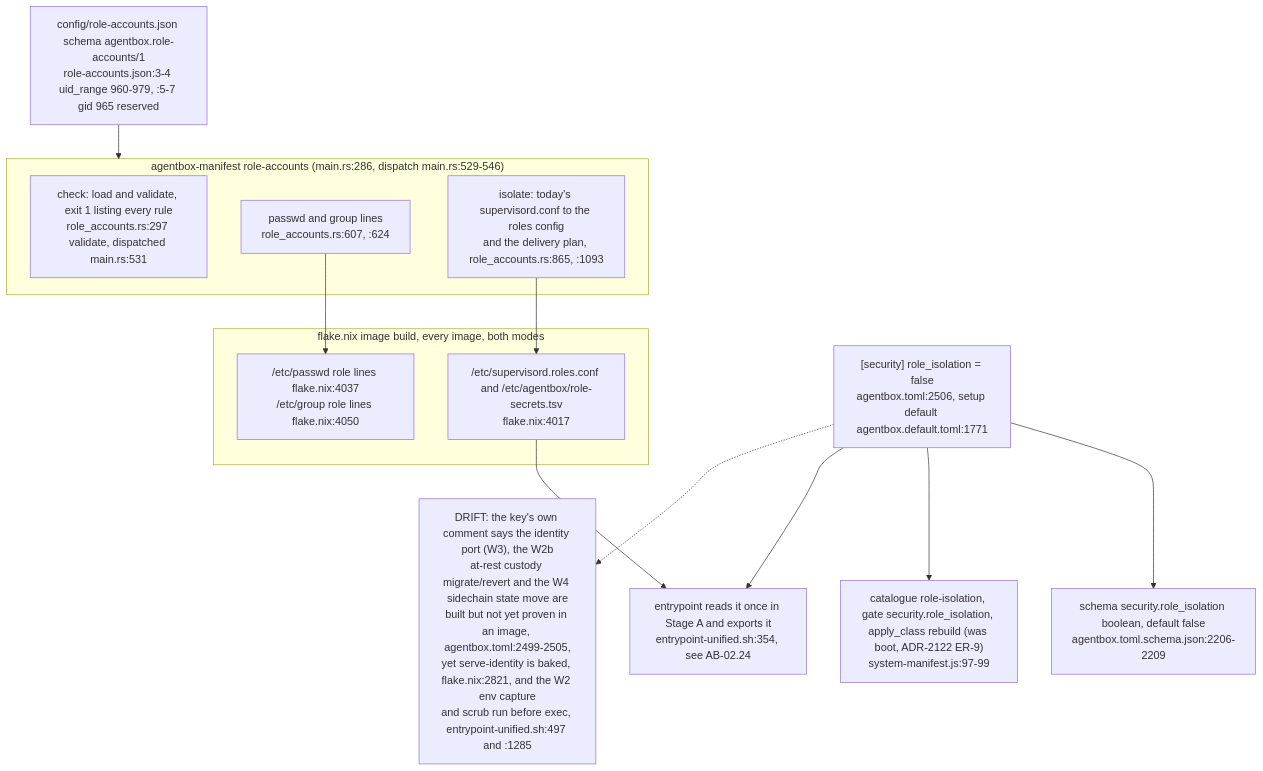
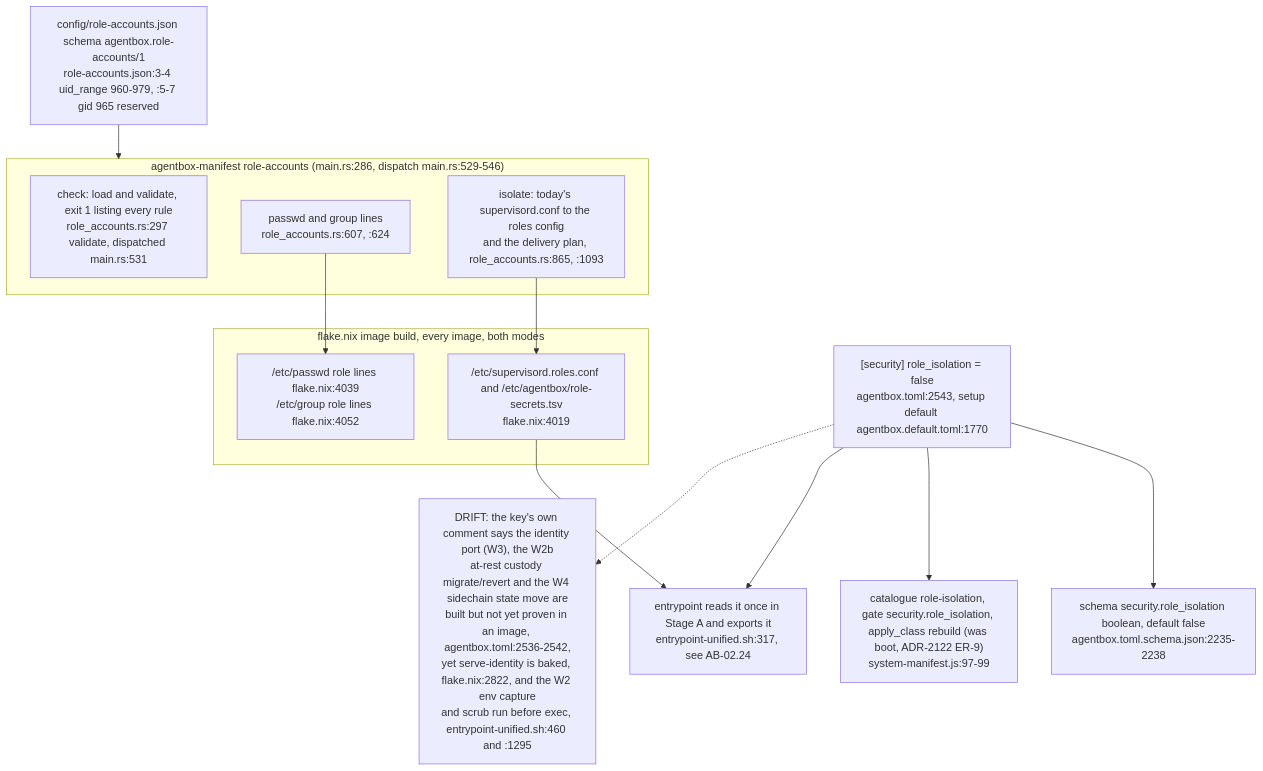
Diagram 15 of 16 in docs/diagrams/agentbox/05-manifest-gates-and-cli.md (DreamLab-AI/VisionFlow), drawn with Mermaid before and after one commit. The commit also changed other lines of this file and 173 other files, not shown here.

````diff
--- a/docs/diagrams/agentbox/05-manifest-gates-and-cli.md
+++ b/docs/diagrams/agentbox/05-manifest-gates-and-cli.md
@@ -547,25 +551,25 @@
 ```mermaid
 flowchart TB
-    KEY["[security] role_isolation = false<br/>agentbox.toml:2506, setup default agentbox.default.toml:1771"]
-    SCH["schema security.role_isolation boolean, default false<br/>agentbox.toml.schema.json:2206-2209"]
+    KEY["[security] role_isolation = false<br/>agentbox.toml:2543, setup default agentbox.default.toml:1770"]
+    SCH["schema security.role_isolation boolean, default false<br/>agentbox.toml.schema.json:2235-2238"]
     CATE["catalogue role-isolation, gate security.role_isolation, apply_class rebuild (was boot, ADR-2122 ER-9)<br/>system-manifest.js:97-99"]
     TBL["config/role-accounts.json schema agentbox.role-accounts/1<br/>role-accounts.json:3-4 uid_range 960-979, :5-7 gid 965 reserved"]
     subgraph CLI["agentbox-manifest role-accounts (main.rs:286, dispatch main.rs:529-546)"]
         CHK["check: load and validate, exit 1 listing every rule<br/>role_accounts.rs:297 validate, dispatched main.rs:531"]
         PW["passwd and group lines<br/>role_accounts.rs:607, :624"]
         ISO["isolate: today's supervisord.conf to the roles config<br/>and the delivery plan, role_accounts.rs:865, :1093"]
     end
     subgraph BUILD["flake.nix image build, every image, both modes"]
-        B1["/etc/supervisord.roles.conf and /etc/agentbox/role-secrets.tsv<br/>flake.nix:4017"]
-        B2["/etc/passwd role lines flake.nix:4037<br/>/etc/group role lines flake.nix:4050"]
+        B1["/etc/supervisord.roles.conf and /etc/agentbox/role-secrets.tsv<br/>flake.nix:4019"]
+        B2["/etc/passwd role lines flake.nix:4039<br/>/etc/group role lines flake.nix:4052"]
     end
-    BOOT["entrypoint reads it once in Stage A and exports it<br/>entrypoint-unified.sh:354, see AB-02.24"]
+    BOOT["entrypoint reads it once in Stage A and exports it<br/>entrypoint-unified.sh:317, see AB-02.24"]
     KEY --> SCH
     KEY --> CATE
     KEY --> BOOT
     TBL --> CLI
     PW --> B2
     ISO --> B1
     B1 --> BOOT
-    KEY -.-> DRIFT["DRIFT: the key's own comment says the identity port (W3), the W2b<br/>at-rest custody migrate/revert and the W4 sidechain state move are<br/>built but not yet proven in an image, agentbox.toml:2499-2505,<br/>yet serve-identity is baked, flake.nix:2821, and the W2 env capture<br/>and scrub run before exec, entrypoint-unified.sh:497 and :1285"]
+    KEY -.-> DRIFT["DRIFT: the key's own comment says the identity port (W3), the W2b<br/>at-rest custody migrate/revert and the W4 sidechain state move are<br/>built but not yet proven in an image, agentbox.toml:2536-2542,<br/>yet serve-identity is baked, flake.nix:2822, and the W2 env capture<br/>and scrub run before exec, entrypoint-unified.sh:460 and :1295"]
 ```
````
